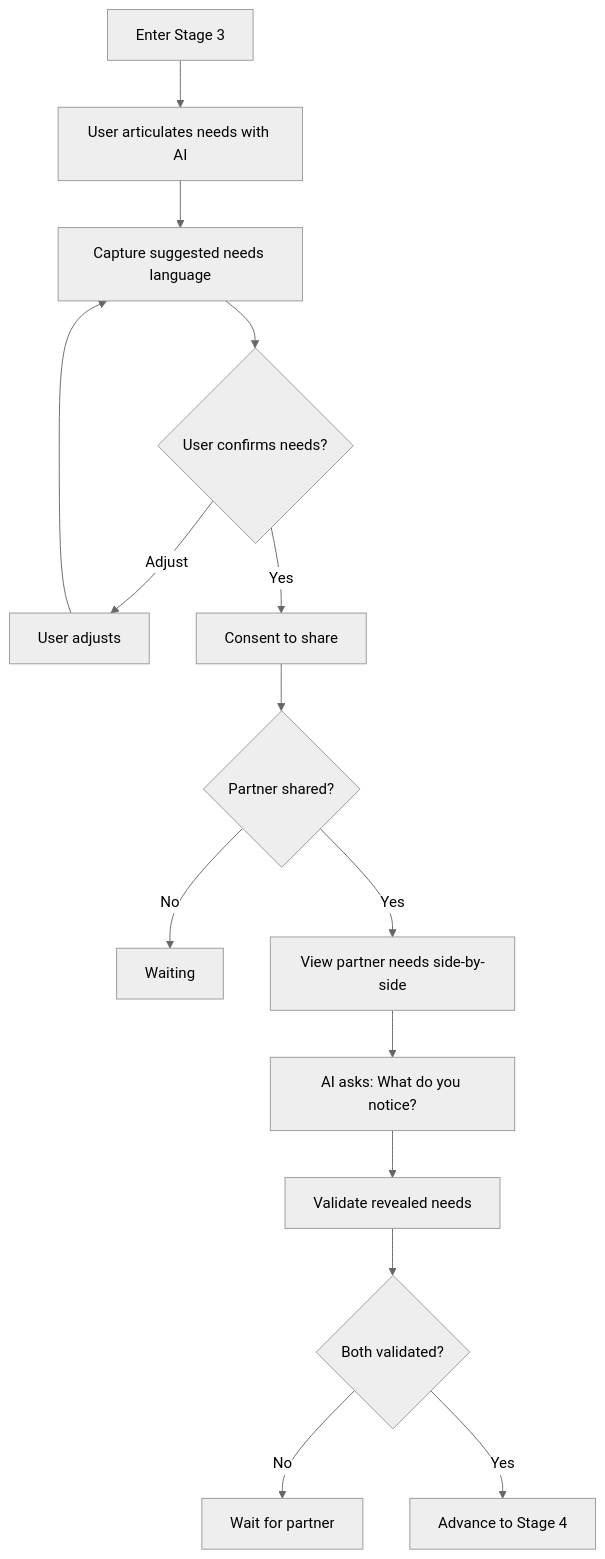
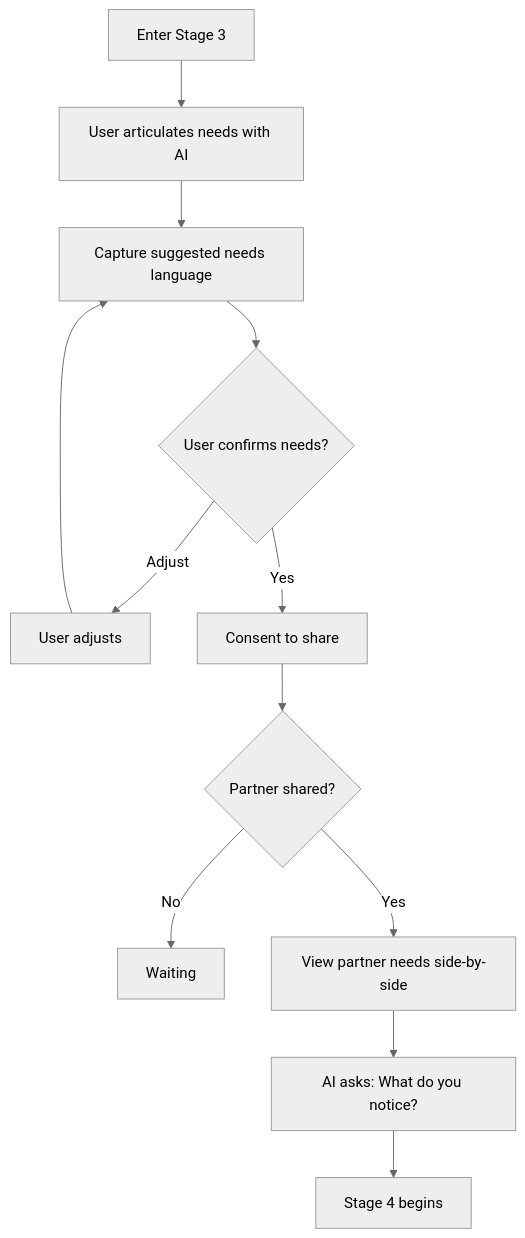
One commit to shantamg/meet-without-fear changed the diagram in docs/backend/api/stage-3.md. Above: the diagram before and after it, drawn with Mermaid (neutral theme). The commit also changed other lines of this file and 139 other files, not shown here.

First line of the commit message:
Stage 3/4 rework and full Tending flow (#640)

````diff
--- a/docs/backend/api/stage-3.md
+++ b/docs/backend/api/stage-3.md
@@ -371,17 +458,14 @@
 ```mermaid
 flowchart TD
     Enter[Enter Stage 3] --> Explore[User articulates needs with AI]
     Explore --> Capture[Capture suggested needs language]
     Capture --> Confirm{User confirms needs?}
     Confirm -->|Adjust| Refine[User adjusts]
     Refine --> Capture
     Confirm -->|Yes| Consent[Consent to share]
     Consent --> Wait{Partner shared?}
     Wait -->|No| WaitState[Waiting]
     Wait -->|Yes| ShowNeeds[View partner needs side-by-side]
     ShowNeeds --> Notice[AI asks: What do you notice?]
-    Notice --> Validate[Validate revealed needs]
-    Validate --> BothValidated{Both validated?}
-    BothValidated -->|No| WaitPartner[Wait for partner]
-    BothValidated -->|Yes| Advance[Advance to Stage 4]
+    Notice --> Stage4[Stage 4 begins]
 ```
````
